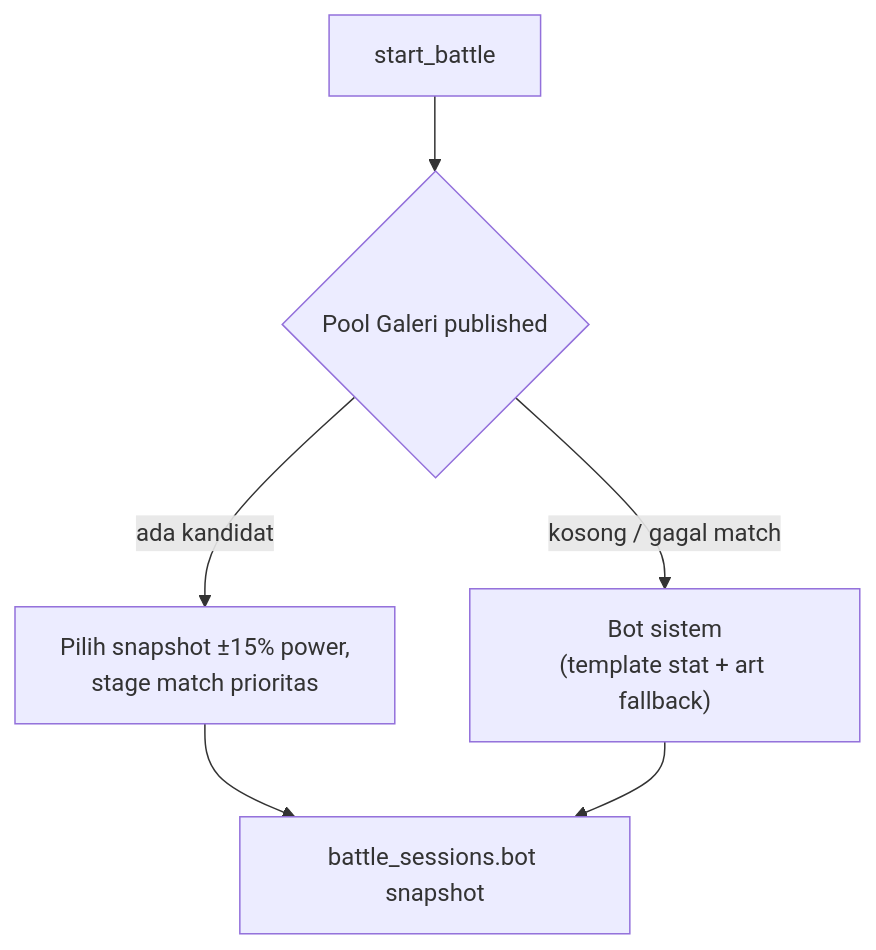
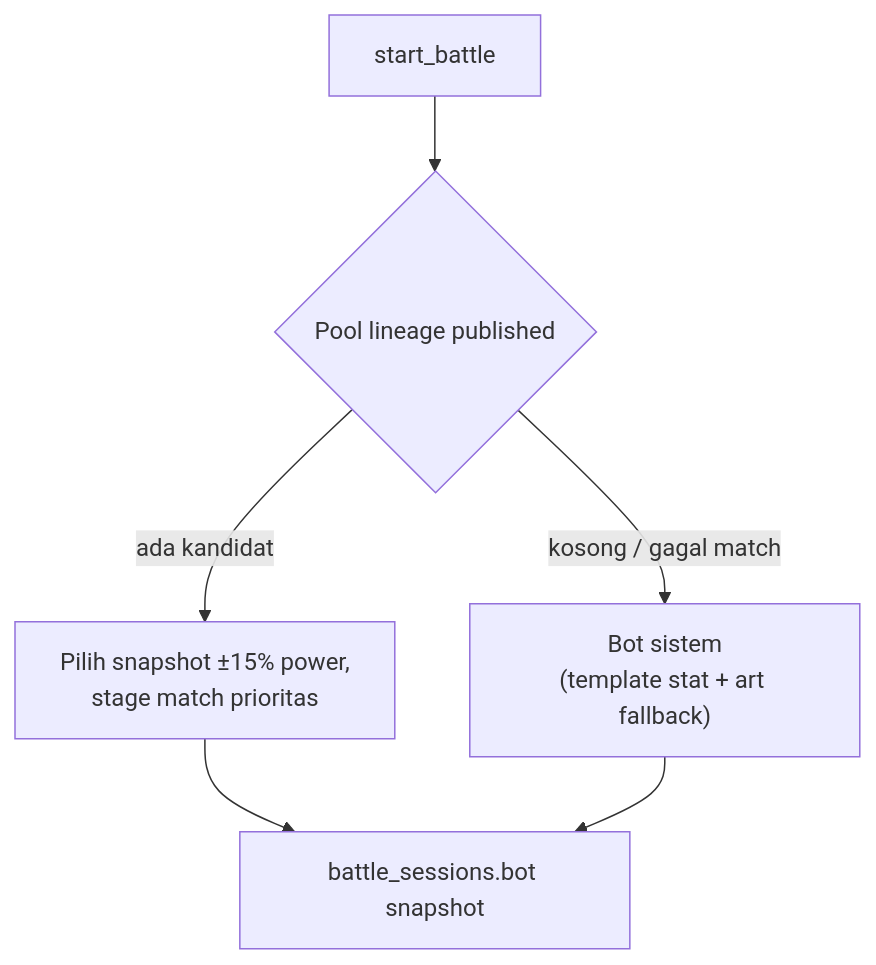
One commit to ryansetia1/Scanima changed the second of 2 diagrams in docs/08-private-art-and-gallery.md. Above: the diagram before and after it, drawn with Mermaid. The commit also changed other lines of this file and 59 other files, not shown here.

````diff
--- a/docs/08-private-art-and-gallery.md
+++ b/docs/08-private-art-and-gallery.md
@@ -109,8 +130,8 @@
 ```mermaid
 graph TD
-    Start["start_battle"] --> Pool{"Pool Galeri published"}
+    Start["start_battle"] --> Pool{"Pool lineage published"}
     Pool -->|ada kandidat| Match["Pilih snapshot ±15% power,<br/>stage match prioritas"]
     Pool -->|kosong / gagal match| Fallback["Bot sistem<br/>(template stat + art fallback)"]
     Match --> Session["battle_sessions.bot snapshot"]
     Fallback --> Session
 ```
````
